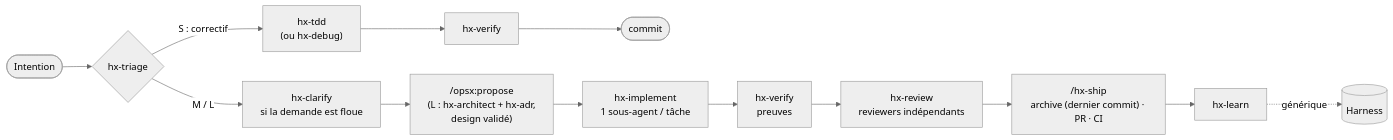
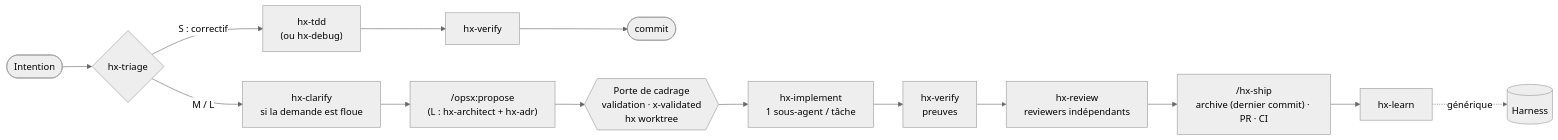
Before and after one commit to PatayEnCroute/Harness: the third of 4 diagrams in docs/PLAN.md, drawn with Mermaid (neutral theme). The commit also changed other lines of this file and 19 other files, not shown here.

First line of the commit message:
feat: cadrage puis run sans interruption (porte, hx worktree, rapport de fin de run)

````diff
--- a/docs/PLAN.md
+++ b/docs/PLAN.md
@@ -185,13 +186,14 @@
 ```mermaid
 flowchart LR
   I([Intention]) --> T{hx-triage}
   T -->|S : correctif| TDD["hx-tdd<br/>(ou hx-debug)"]
   TDD --> VS[hx-verify] --> CM([commit])
-  T -->|M / L| C["hx-clarify<br/>si la demande est floue"] --> P["/opsx:propose<br/>(L : hx-architect + hx-adr,<br/>design validé)"]
-  P --> IM["hx-implement<br/>1 sous-agent / tâche"]
+  T -->|M / L| C["hx-clarify<br/>si la demande est floue"] --> P["/opsx:propose<br/>(L : hx-architect + hx-adr)"]
+  P --> G{{"Porte de cadrage<br/>validation · x-validated<br/>hx worktree"}}
+  G --> IM["hx-implement<br/>1 sous-agent / tâche"]
   IM --> V["hx-verify<br/>preuves"]
   V --> RV["hx-review<br/>reviewers indépendants"]
   RV --> SH["/hx-ship<br/>archive (dernier commit) · PR · CI"]
   SH --> L[hx-learn]
   L -.->|générique| HX[(Harness)]
 ```
````
